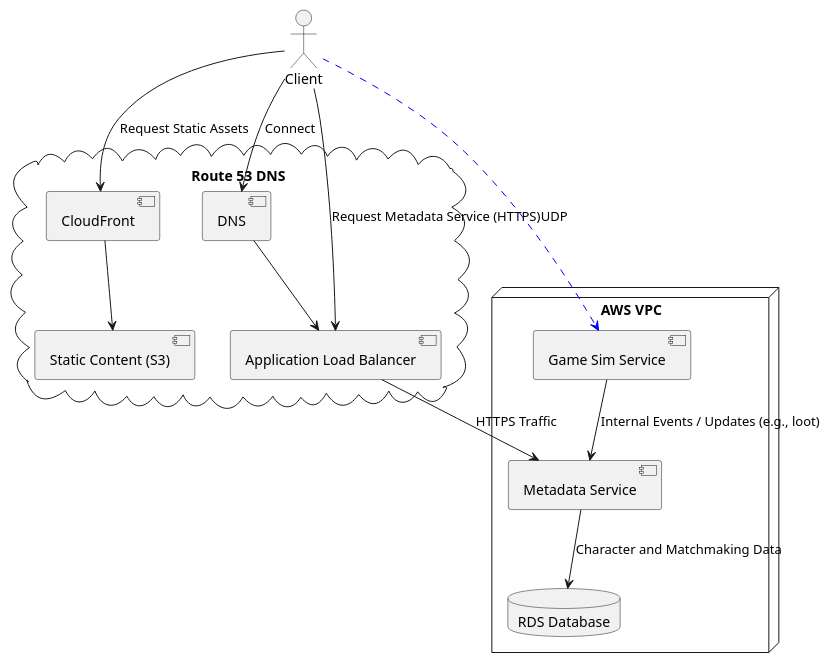
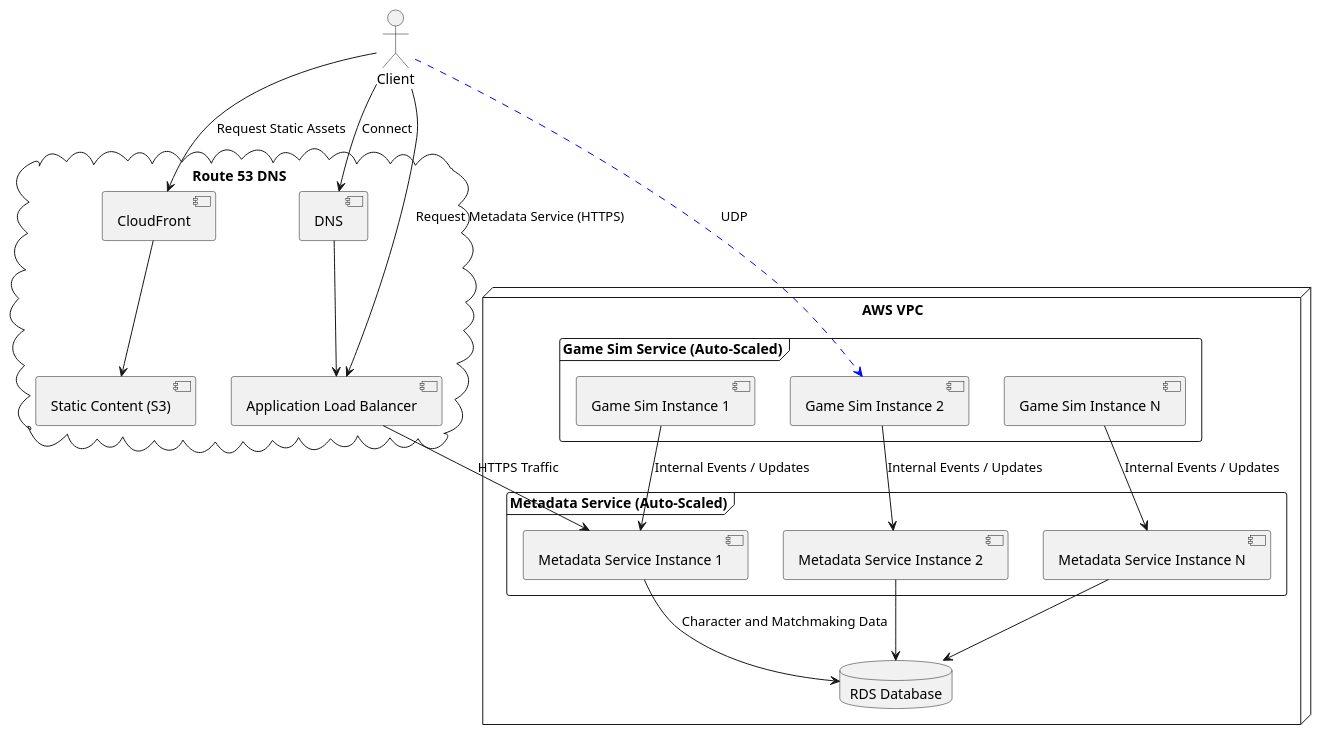
Before and after one commit to dcasadevall/rpg-server: the diagram in docs/2-aws-architecture.puml, drawn with PlantUML.

Commit message:
More arch updates

```diff
--- a/docs/2-aws-architecture.puml
+++ b/docs/2-aws-architecture.puml
@@ -1,30 +1,44 @@
-@startuml AWS Multiplayer Deployment
+@startuml AWS Multiplayer Deployment (with Autoscaling)
 actor Client
 cloud "Route 53 DNS" {
     [CloudFront] --> [Static Content (S3)]
     [DNS] --> [Application Load Balancer]
 }
 
 node "AWS VPC" {
-    [Metadata Service]
-    [Game Sim Service]
+    frame "Metadata Service (Auto-Scaled)" {
+        [Metadata Service Instance 1]
+        [Metadata Service Instance 2]
+        [Metadata Service Instance N]
+    }
+    
+    frame "Game Sim Service (Auto-Scaled)" {
+        [Game Sim Instance 1]
+        [Game Sim Instance 2]
+        [Game Sim Instance N]
+    }
+    
     database "RDS Database" as RDS
 }
 
 ' Client Connections
 Client --> [DNS] : Connect
 Client --> [CloudFront] : Request Static Assets
 Client --> [Application Load Balancer] : Request Metadata Service (HTTPS)
 
-' API Flow
-[Application Load Balancer] --> [Metadata Service] : HTTPS Traffic
+' API Flow (Single line from ALB to Metadata Service Frame)
+[Application Load Balancer] --> [Metadata Service Instance 1] : HTTPS Traffic
 
 ' Metadata Service to RDS
-[Metadata Service] --> RDS : Character and Matchmaking Data
+[Metadata Service Instance 1] --> RDS : Character and Matchmaking Data
+[Metadata Service Instance 2] --> RDS
+[Metadata Service Instance N] --> RDS
 
-' Direct UDP Connection to Game Sim
-Client -[#blue,dashed]-> [Game Sim Service] : UDP
+' Direct UDP Connection to Game Sim (Single line)
+Client -[#blue,dashed]-> [Game Sim Instance 2] : UDP
 
 ' Game Sim Service updates
-[Game Sim Service] --> [Metadata Service] : Internal Events / Updates (e.g., loot)
+[Game Sim Instance 1] --> [Metadata Service Instance 1] : Internal Events / Updates
+[Game Sim Instance 2] --> [Metadata Service Instance 2] : Internal Events / Updates
+[Game Sim Instance N] --> [Metadata Service Instance N] : Internal Events / Updates
 @enduml
```
